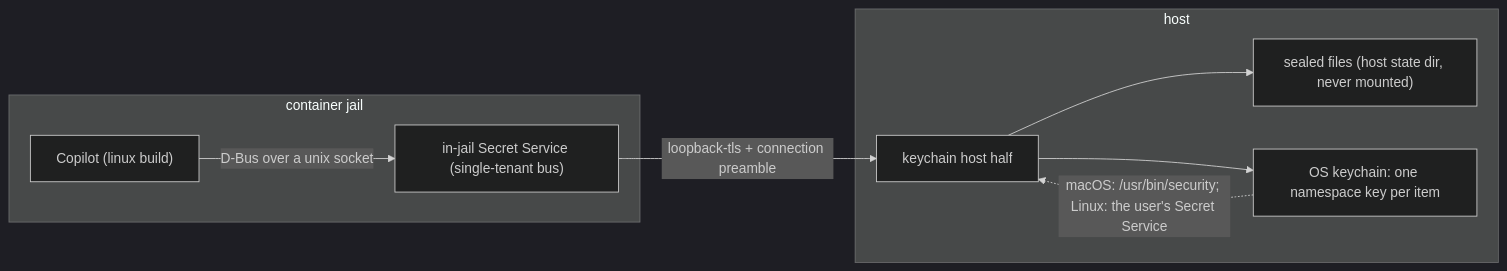
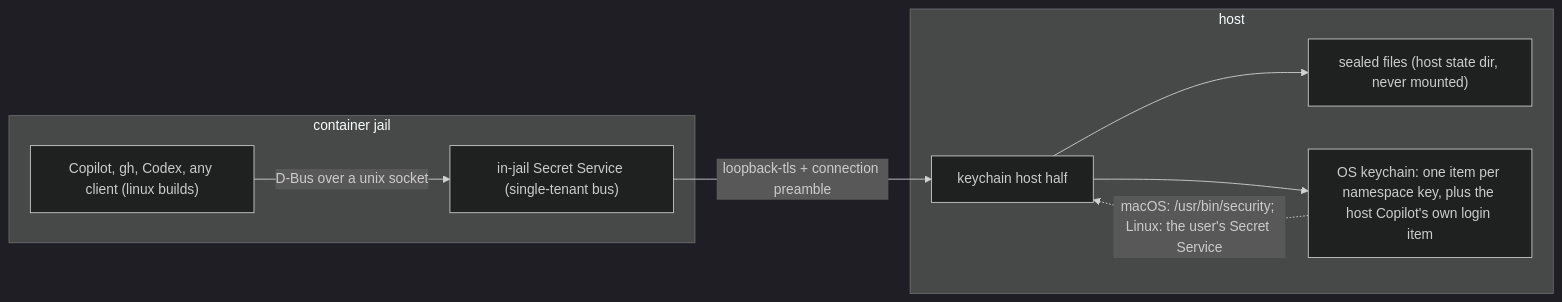
One commit to mschulkind-oss/yolo-jail changed the diagram in docs/design/keychain-from-a-jail.md. Above: the diagram before and after it, drawn with Mermaid (dark theme). The commit also changed other lines of this file, not shown here.

First line of the commit message:
docs(keychain): record the maintainer's rulings on OQ-KC1 to OQ-KC4 and revise the body to them

````diff
--- a/docs/design/keychain-from-a-jail.md
+++ b/docs/design/keychain-from-a-jail.md
@@ -243,12 +256,12 @@
 ```mermaid
 flowchart LR
     subgraph jail["container jail"]
-        cop["Copilot (linux build)"] -->|"D-Bus over a unix socket"| jss["in-jail Secret Service (single-tenant bus)"]
+        cop["Copilot, gh, Codex, any client (linux builds)"] -->|"D-Bus over a unix socket"| jss["in-jail Secret Service (single-tenant bus)"]
     end
     subgraph host["host"]
         hh["keychain host half"] --> files["sealed files (host state dir, never mounted)"]
-        hh --> os["OS keychain: one namespace key per item"]
+        hh --> os["OS keychain: one item per namespace key, plus the host Copilot's own login item"]
     end
     jss -->|"loopback-tls + connection preamble"| hh
     os -.->|"macOS: /usr/bin/security; Linux: the user's Secret Service"| hh
 ```
````
